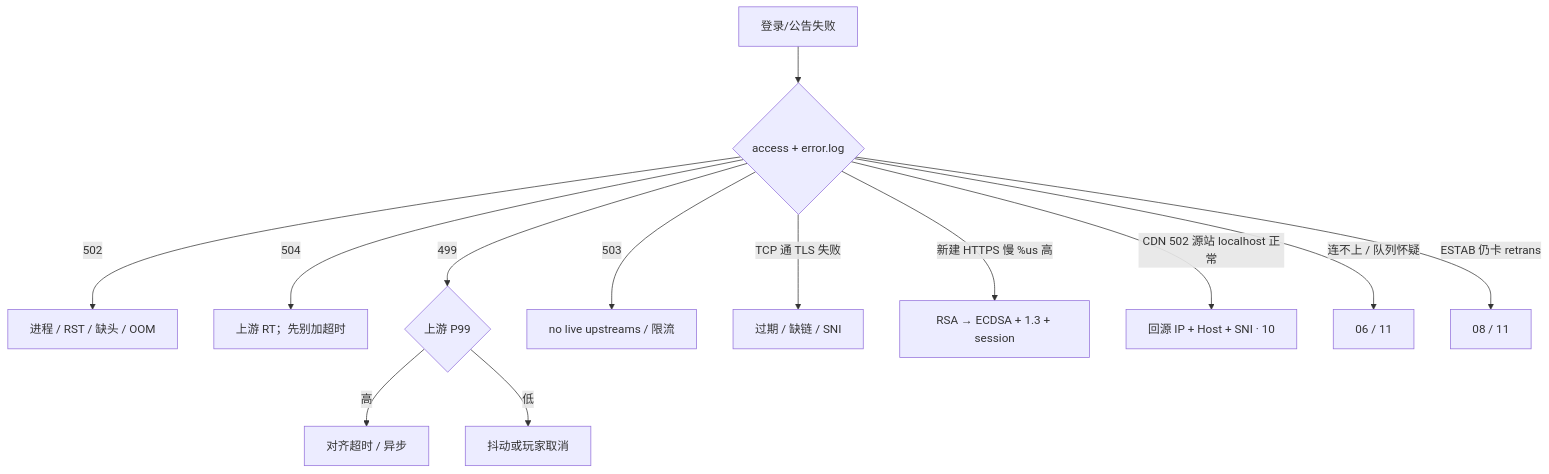
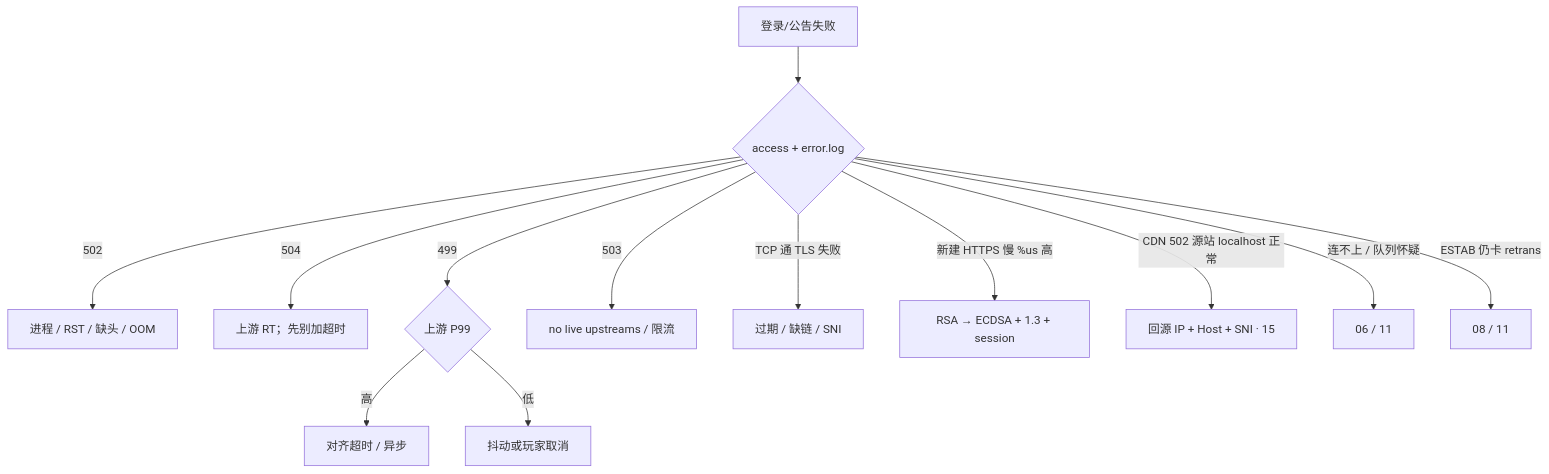
Before and after one commit to ml-cuizijun/LearnToLilith: the tenth of 10 diagrams in 01-基础底座/14-HTTP与TLS/知识点.md, drawn with Mermaid. The commit also changed other lines of this file and 56 other files, not shown here.

````diff
--- a/01-基础底座/14-HTTP与TLS/知识点.md
+++ b/01-基础底座/14-HTTP与TLS/知识点.md
@@ -1098,15 +1098,15 @@
 ```mermaid
 flowchart TB
     A[登录/公告失败] --> B{access + error.log}
     B -->|502| C[进程 / RST / 缺头 / OOM]
     B -->|504| D[上游 RT；先别加超时]
     B -->|499| E{上游 P99}
     E -->|高| F[对齐超时 / 异步]
     E -->|低| G[抖动或玩家取消]
     B -->|503| H[no live upstreams / 限流]
     B -->|TCP 通 TLS 失败| I[过期 / 缺链 / SNI]
     B -->|新建 HTTPS 慢 %us 高| J[RSA → ECDSA + 1.3 + session]
-    B -->|CDN 502 源站 localhost 正常| K[回源 IP + Host + SNI · 10]
+    B -->|CDN 502 源站 localhost 正常| K[回源 IP + Host + SNI · 15]
     B -->|连不上 / 队列怀疑| L[06 / 11]
     B -->|ESTAB 仍卡 retrans| M[08 / 11]
 ```
````
